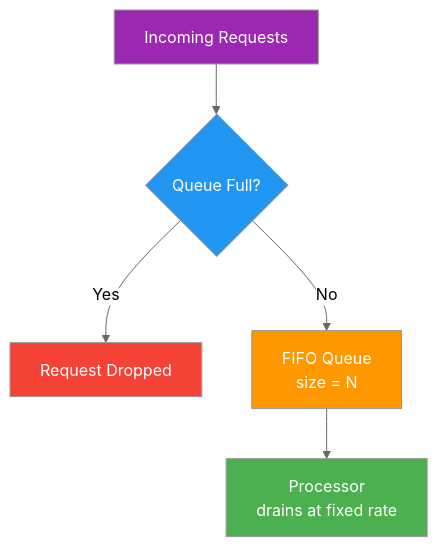
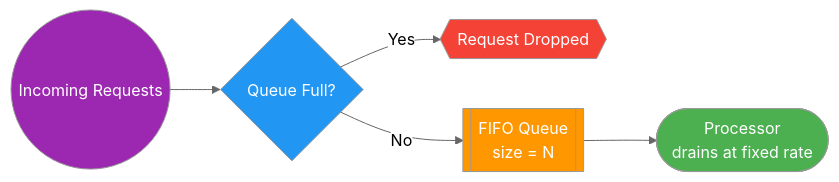
Before and after one commit to saivamsikaruturi/vamsilabs-dev-notes-main: the second of 8 diagrams in docs/ratelimiting.md, drawn with Mermaid (neutral theme). The commit also changed other lines of this file and 146 other files, not shown here.

Commit message:
Horizontal diagrams, UML class diagrams, typography overhaul, and permalink cleanup

````diff
--- a/docs/ratelimiting.md
+++ b/docs/ratelimiting.md
@@ -79,13 +79,13 @@
 ```mermaid
-graph TD
+flowchart LR
     style A fill:#9C27B0,color:#fff
     style B fill:#2196F3,color:#fff
     style C fill:#4CAF50,color:#fff
     style D fill:#f44336,color:#fff
     style E fill:#FF9800,color:#fff
 
-    A[Incoming Requests] --> B{Queue Full?}
-    B -->|No| E[FIFO Queue<br/>size = N]
-    B -->|Yes| D[Request Dropped]
-    E --> C[Processor<br/>drains at fixed rate]
+    A(("Incoming Requests")) --> B{"Queue Full?"}
+    B -->|No| E[["FIFO Queue<br/>size = N"]]
+    B -->|Yes| D{{"Request Dropped"}}
+    E --> C(["Processor<br/>drains at fixed rate"])
 ```
````
